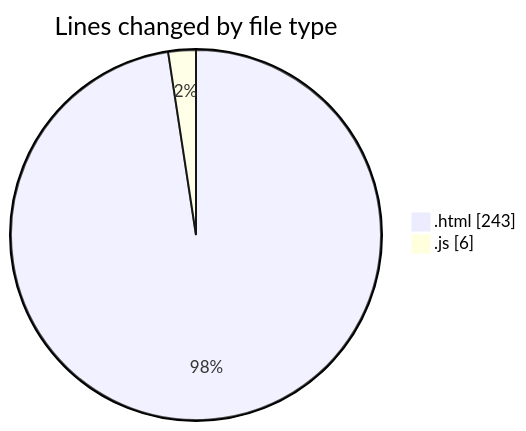
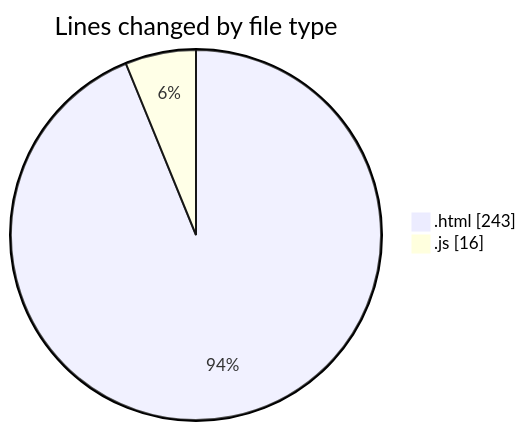
Before and after one commit to becaeroporto-bot/code-tracking: the first of 2 diagrams in 2026-02-19/bot_v1_2/README.md, drawn with Mermaid. The commit also changed other lines of this file and 1 other file, not shown here.

````diff
--- a/2026-02-19/bot_v1_2/README.md
+++ b/2026-02-19/bot_v1_2/README.md
@@ -24,6 +25,6 @@
 ```mermaid
 pie showData
 title Lines changed by file type
 ".html" : 243
-".js" : 6
+".js" : 16
 ```
````
